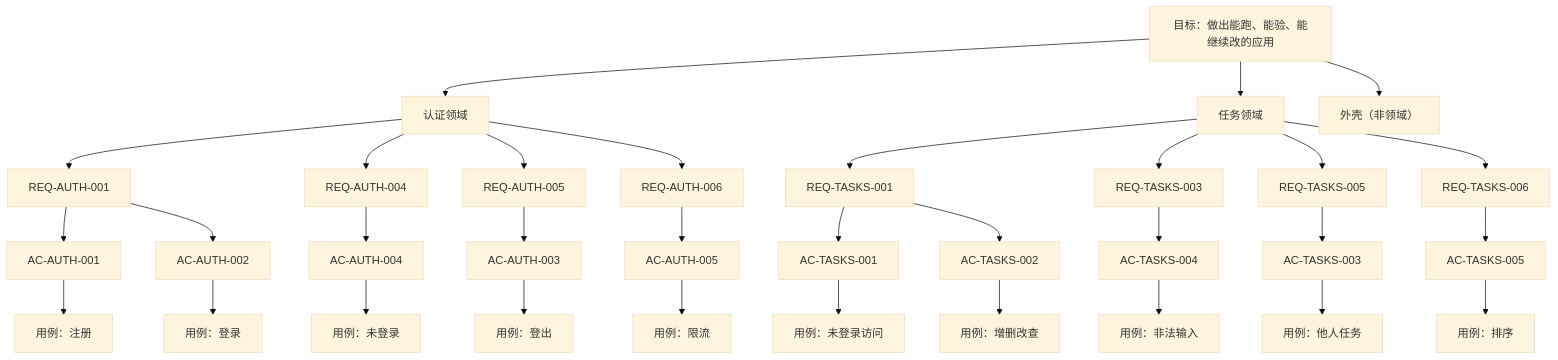
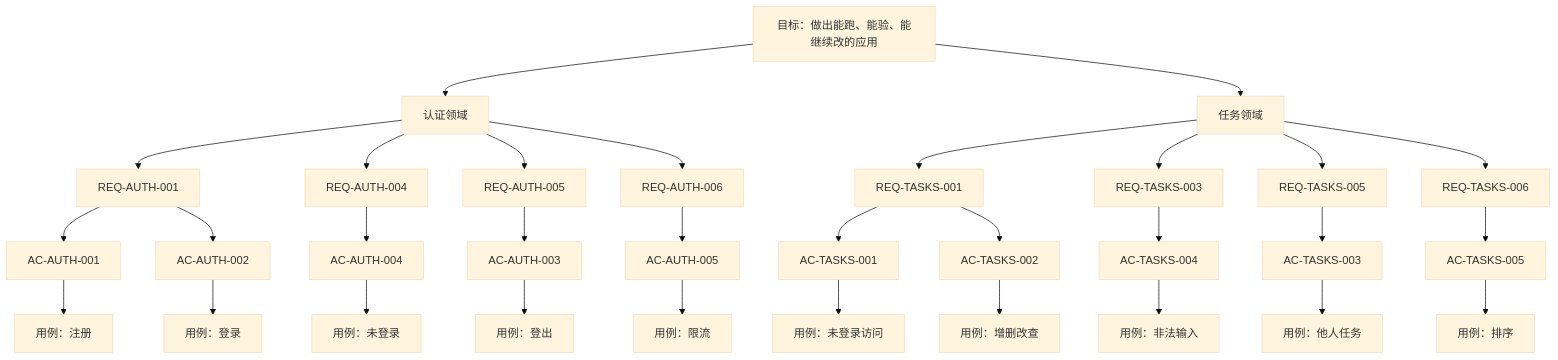
One commit to morewhyhan/Ignite changed the diagram in docs/GOAL.md. Above: the diagram before and after it, drawn with Mermaid (base theme). The commit also changed other lines of this file and 1 other file, not shown here.

````diff
--- a/docs/GOAL.md
+++ b/docs/GOAL.md
@@ -60,35 +60,34 @@
 ```mermaid
 flowchart TD
   G["目标：做出能跑、能验、能继续改的应用"]
   G --> D1["认证领域"]
   G --> D2["任务领域"]
-  G --> D3["外壳（非领域）"]
   D1 --> R1["REQ-AUTH-001"]
   D1 --> R4["REQ-AUTH-004"]
   D1 --> R5["REQ-AUTH-005"]
   D1 --> R6["REQ-AUTH-006"]
   D2 --> T1["REQ-TASKS-001"]
   D2 --> T3["REQ-TASKS-003"]
   D2 --> T5["REQ-TASKS-005"]
   D2 --> T6["REQ-TASKS-006"]
   R1 --> A1["AC-AUTH-001"]
   R1 --> A2["AC-AUTH-002"]
   R4 --> A4["AC-AUTH-004"]
   R5 --> A3["AC-AUTH-003"]
   R6 --> A5["AC-AUTH-005"]
   T1 --> AT1["AC-TASKS-001"]
   T1 --> AT2["AC-TASKS-002"]
   T3 --> AT4["AC-TASKS-004"]
   T5 --> AT3["AC-TASKS-003"]
   T6 --> AT5["AC-TASKS-005"]
   A1 --> U1["用例：注册"]
   A2 --> U2["用例：登录"]
   A3 --> U3["用例：登出"]
   A4 --> U4["用例：未登录"]
   A5 --> U5["用例：限流"]
   AT1 --> V1["用例：未登录访问"]
   AT2 --> V2["用例：增删改查"]
   AT3 --> V3["用例：他人任务"]
   AT4 --> V4["用例：非法输入"]
   AT5 --> V5["用例：排序"]
 ```
````
